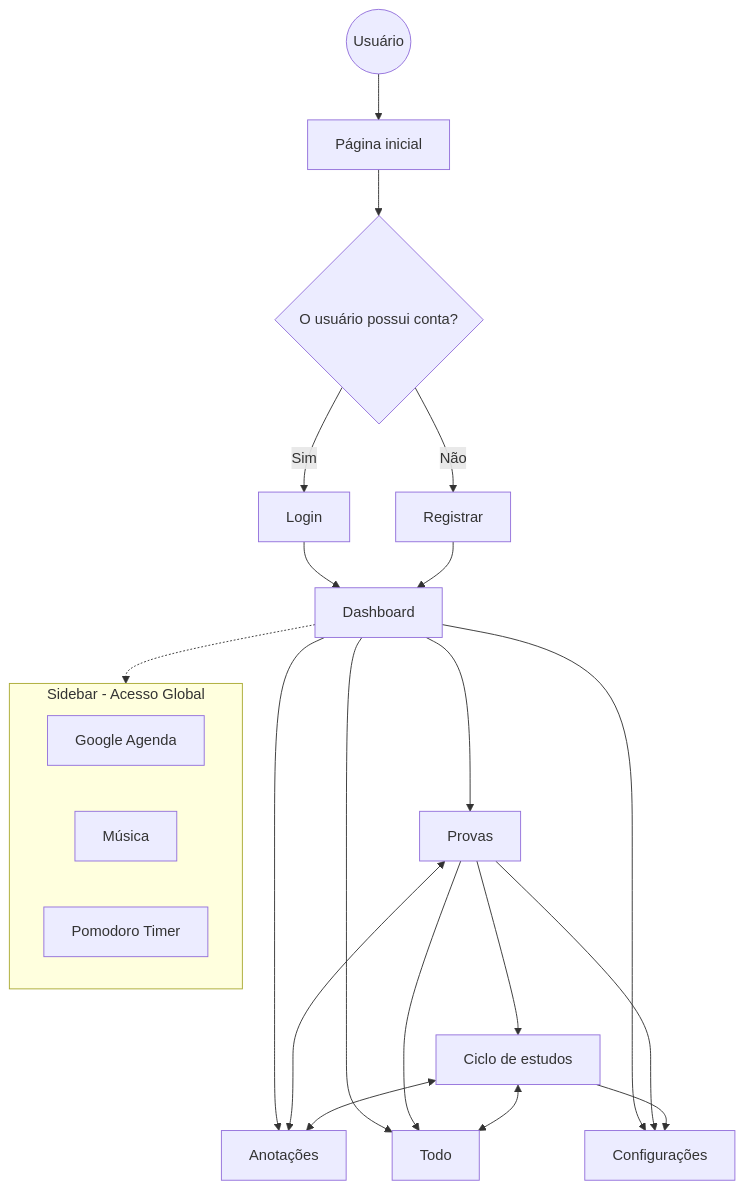
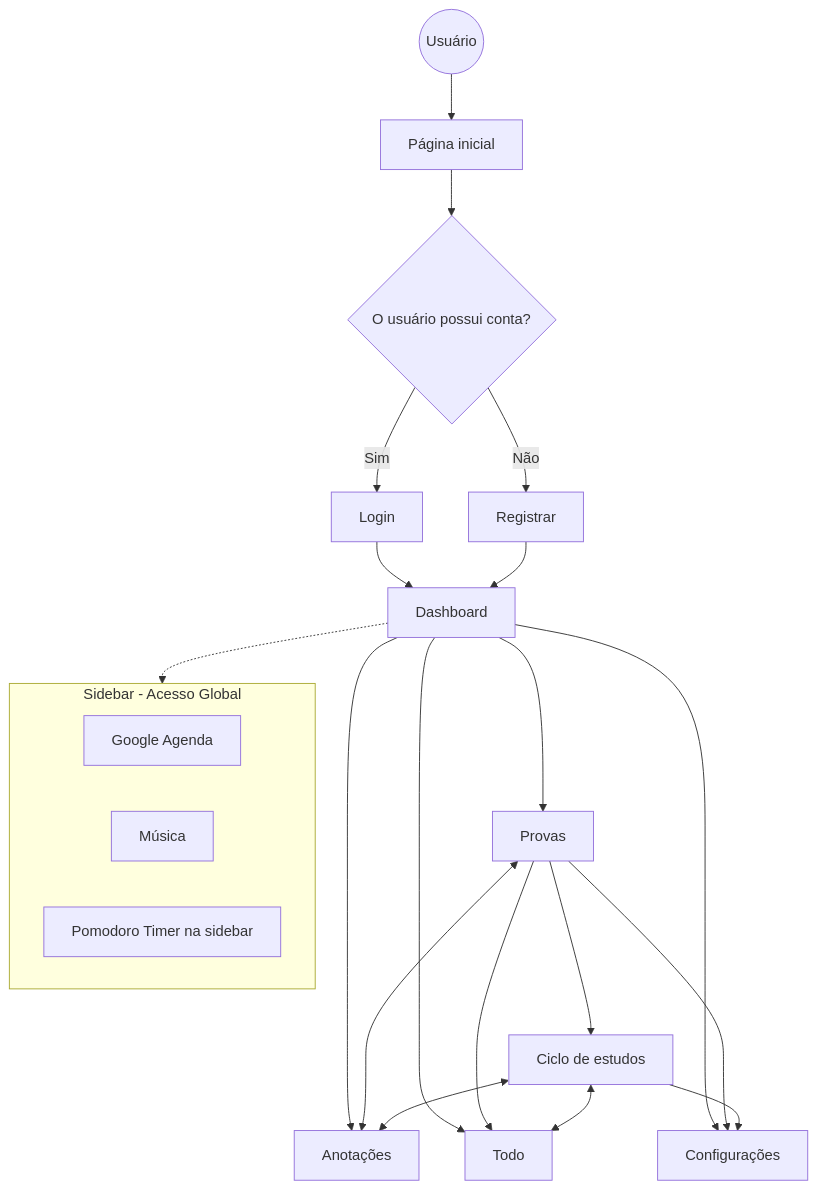
The diagram in docs/user-flow.md (Luis-Mackiewicz/uptake), drawn with Mermaid before and after one commit. The commit also changed 4 other files, not shown here.

Commit message:
refactor: replace pomodoro page with sidebar widget

````diff
--- a/docs/user-flow.md
+++ b/docs/user-flow.md
@@ -1,46 +1,46 @@
 ```mermaid
 flowchart TD
 
     usuario((Usuário))
     home[Página inicial]
     login[Login]
     registrar[Registrar]
     dashboard[Dashboard]
     provas[Provas]
     anotacoes[Anotações]
     config[Configurações]
     ciclo[Ciclo de estudos]
     todo[Todo]
 
     usuario --> home
     home --> auth{O usuário possui conta?}
     auth -->|Sim| login
     auth -->|Não| registrar
 
     login --> dashboard
     registrar --> dashboard
 
     dashboard --> provas
     dashboard --> anotacoes
     dashboard --> config
     dashboard --> todo
 
     provas --> ciclo
     provas --> config
     provas --> todo
     provas <--> anotacoes
 
     ciclo <--> anotacoes
     ciclo <--> todo
     ciclo --> config
 
 
     subgraph Sidebar [Sidebar - Acesso Global]
         direction LR
         agenda[Google Agenda]
         musica[Música]
-        pomodoro[Pomodoro Timer]
+        pomodoro[Pomodoro Timer na sidebar]
     end
 
     dashboard -.-> Sidebar
 ```
````
